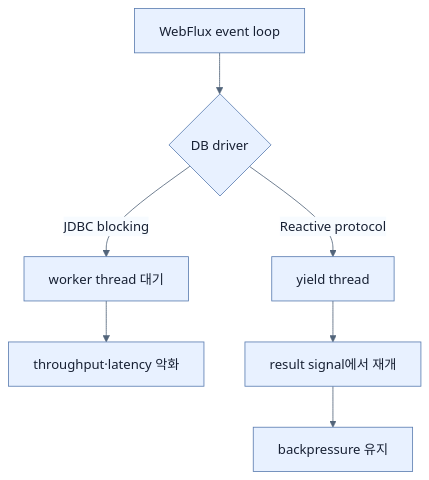
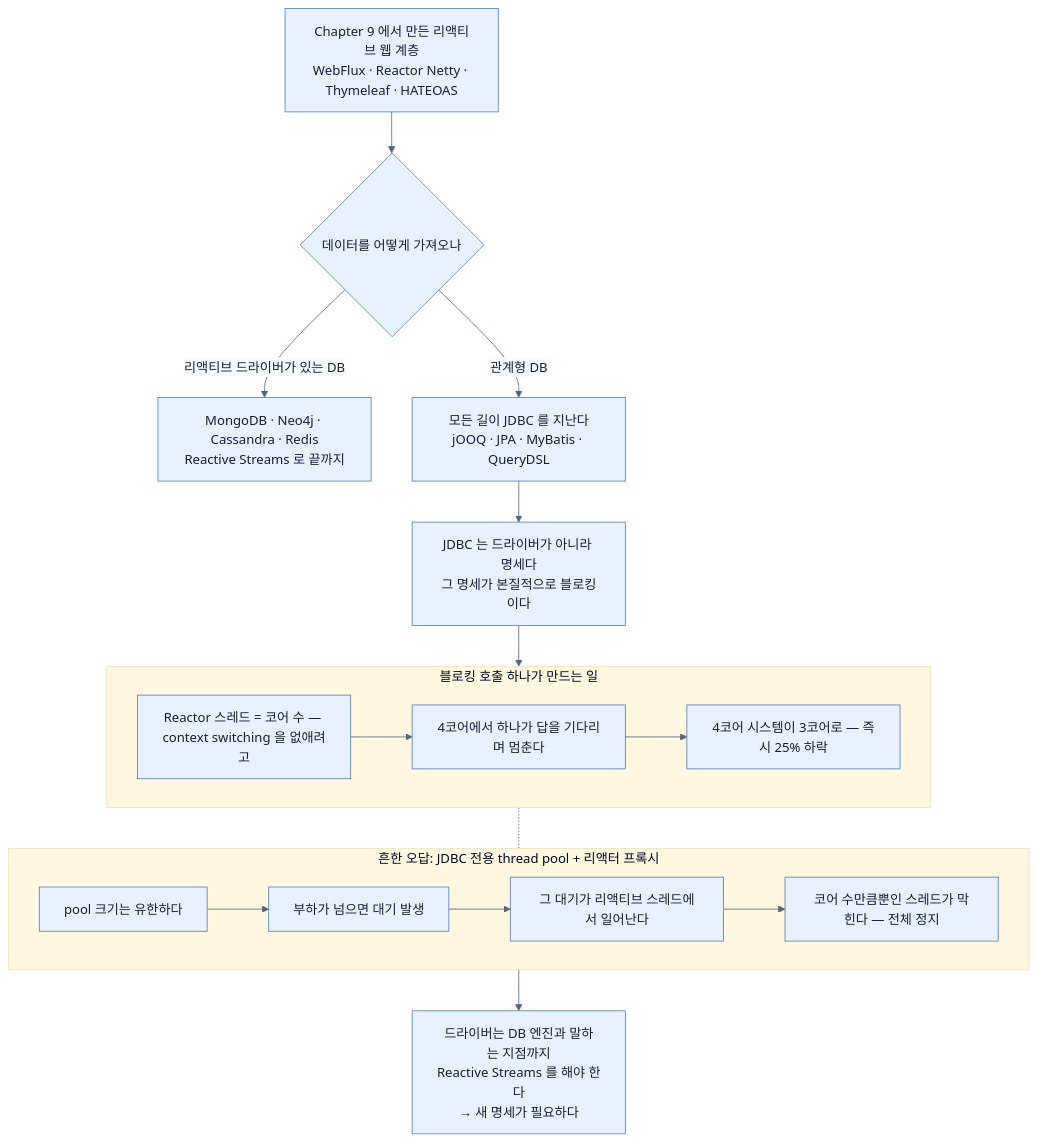
One commit to sing-u8/Learning_Spring_Boot_4 changed the diagram in spring-boot-4-pdf-notes/part-4-scaling-an-application-with-spring-boot/chapter-10-working-with-data-reactively/01-what-reactive-data-access-requires.md. Above: the diagram before and after it, drawn with Mermaid. The commit also changed other lines of this file and 253 other files, not shown here.

````diff
--- a/spring-boot-4-pdf-notes/part-4-scaling-an-application-with-spring-boot/chapter-10-working-with-data-reactively/01-what-reactive-data-access-requires.md
+++ b/spring-boot-4-pdf-notes/part-4-scaling-an-application-with-spring-boot/chapter-10-working-with-data-reactively/01-what-reactive-data-access-requires.md
@@ -28,10 +122,30 @@
 ```mermaid
 %%{init: {'theme': 'base', 'themeVariables': {'background': '#ffffff', 'primaryColor': '#e8f1ff', 'primaryTextColor': '#172033', 'primaryBorderColor': '#5b7db1', 'lineColor': '#52647a', 'secondaryColor': '#f7fbff', 'tertiaryColor': '#fff7df'}}}%%
-flowchart TD
-    W[WebFlux event loop] --> D{DB driver}
-    D -- JDBC blocking --> B[worker thread 대기]
-    B --> L[throughput·latency 악화]
-    D -- Reactive protocol --> Y[yield thread]
-    Y --> S[result signal에서 재개]
-    S --> H[backpressure 유지]
+flowchart TB
+    WEB["Chapter 9 에서 만든 리액티브 웹 계층<br/>WebFlux · Reactor Netty · Thymeleaf · HATEOAS"]
+    WEB --> DATA{"데이터를 어떻게 가져오나"}
+
+    DATA -->|"리액티브 드라이버가 있는 DB"| OK["MongoDB · Neo4j · Cassandra · Redis<br/>Reactive Streams 로 끝까지"]
+
+    DATA -->|"관계형 DB"| JDBC["모든 길이 JDBC 를 지난다<br/>jOOQ · JPA · MyBatis · QueryDSL"]
+
+    JDBC --> WHY["JDBC 는 드라이버가 아니라 명세다<br/>그 명세가 본질적으로 블로킹이다"]
+
+    WHY --> BREAK
+
+    subgraph BREAK["블로킹 호출 하나가 만드는 일"]
+        B1["Reactor 스레드 = 코어 수 — context switching 을 없애려고"]
+        B2["4코어에서 하나가 답을 기다리며 멈춘다"]
+        B3["4코어 시스템이 3코어로 — 즉시 25% 하락"]
+        B1 --> B2 --> B3
+    end
+
+    subgraph FIX["흔한 오답: JDBC 전용 thread pool + 리액터 프록시"]
+        F1["pool 크기는 유한하다"] --> F2["부하가 넘으면 대기 발생"]
+        F2 --> F3["그 대기가 리액티브 스레드에서 일어난다"]
+        F3 --> F4["코어 수만큼뿐인 스레드가 막힌다 — 전체 정지"]
+    end
+
+    BREAK -.- FIX
+    FIX --> REAL["드라이버는 DB 엔진과 말하는 지점까지<br/>Reactive Streams 를 해야 한다<br/>→ 새 명세가 필요하다"]
 ```
````
